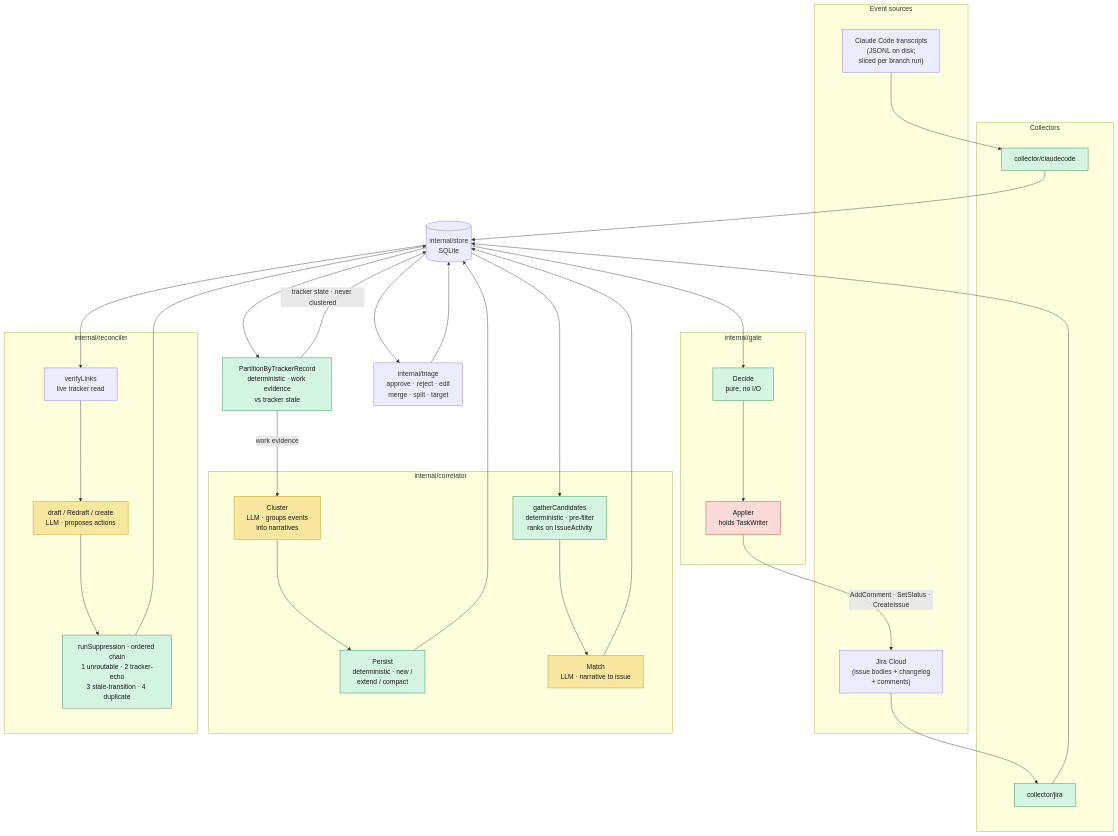
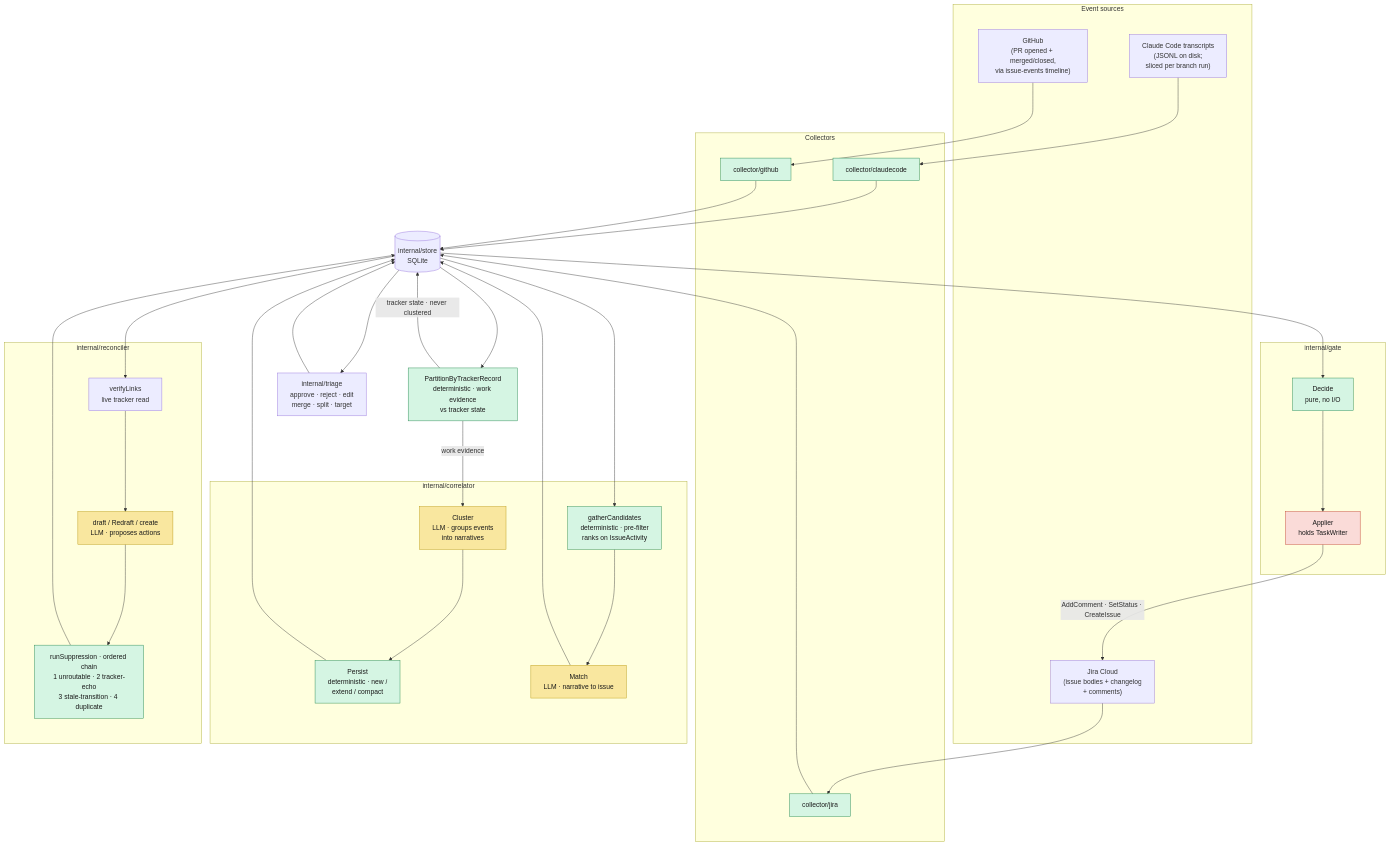
The first of 4 diagrams in docs/architecture.md (jcogilvie/unjira), drawn with Mermaid before and after one commit. The commit also changed other lines of this file and 22 other files, not shown here.

First line of the commit message:
collector: GitHub PR lifecycle — opened, merged, closed (task #9) (#75)

````diff
--- a/docs/architecture.md
+++ b/docs/architecture.md
@@ -42,57 +42,60 @@
 ```mermaid
 ---
 config:
   nodeSpacing: 100
   rankSpacing: 120
 ---
 flowchart TB
     subgraph sources["Event sources"]
         CC["Claude Code transcripts<br/>(JSONL on disk;<br/>sliced per branch run)"]
         JIRA["Jira Cloud<br/>(issue bodies + changelog<br/>+ comments)"]
+        GH["GitHub<br/>(PR opened + merged/closed,<br/>via issue-events timeline)"]
     end
 
     subgraph collectors["Collectors"]
         CCC["collector/claudecode"]
         JC["collector/jira"]
+        GHC["collector/github"]
     end
 
     STORE[("internal/store<br/>SQLite")]
 
     SPLIT["PartitionByTrackerRecord<br/>deterministic · work evidence<br/>vs tracker state"]
 
     subgraph correlate["internal/correlator"]
         CLUSTER["Cluster<br/>LLM · groups events<br/>into narratives"]
         PERSIST["Persist<br/>deterministic · new /<br/>extend / compact"]
         CAND["gatherCandidates<br/>deterministic · pre-filter<br/>ranks on IssueActivity"]
         MATCH["Match<br/>LLM · narrative to issue"]
     end
 
     subgraph reconcile["internal/reconciler"]
         VERIFY["verifyLinks<br/>live tracker read"]
         DRAFT["draft / Redraft / create<br/>LLM · proposes actions"]
         FILTERS["runSuppression · ordered chain<br/>1 unroutable · 2 tracker-echo<br/>3 stale-transition · 4 duplicate"]
     end
 
     TRIAGE["internal/triage<br/>approve · reject · edit<br/>merge · split · target"]
 
     subgraph write["internal/gate"]
         DECIDE["Decide<br/>pure, no I/O"]
         APPLY["Applier<br/>holds TaskWriter"]
     end
 
     CC --> CCC --> STORE
     JIRA --> JC --> STORE
+    GH --> GHC --> STORE
     STORE --> SPLIT -->|"work evidence"| CLUSTER --> PERSIST --> STORE
     SPLIT -->|"tracker state · never clustered"| STORE
     STORE --> CAND --> MATCH --> STORE
     STORE --> VERIFY --> DRAFT --> FILTERS --> STORE
     STORE --> TRIAGE --> STORE
     STORE --> DECIDE --> APPLY -->|"AddComment · SetStatus · CreateIssue"| JIRA
 
     classDef llm fill:#f9e79f,stroke:#b7950b,color:#1a1a1a
     classDef det fill:#d5f5e3,stroke:#1e8449,color:#1a1a1a
     classDef danger fill:#fadbd8,stroke:#c0392b,color:#1a1a1a
     class CLUSTER,MATCH,DRAFT llm
-    class CCC,JC,PERSIST,CAND,FILTERS,DECIDE,SPLIT det
+    class CCC,JC,GHC,PERSIST,CAND,FILTERS,DECIDE,SPLIT det
     class APPLY danger
 ```
````
